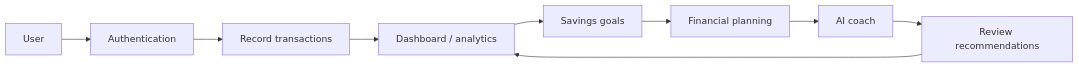
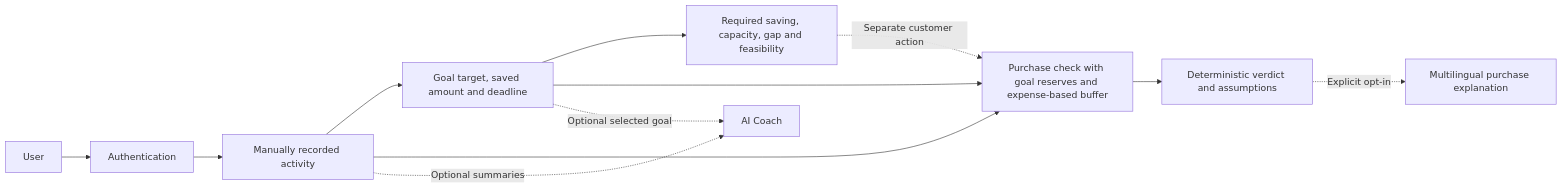
The second of 3 diagrams in FINAL_PROJECT_REPORT.md (shehabRabby/UpayHackathon), drawn with Mermaid before and after one commit. The commit also changed other lines of this file and 36 other files, not shown here.

````diff
--- a/FINAL_PROJECT_REPORT.md
+++ b/FINAL_PROJECT_REPORT.md
@@ -103,11 +121,14 @@
 ```mermaid
 flowchart LR
   U[User] --> A[Authentication]
-  A --> T[Record transactions]
-  T --> D[Dashboard / analytics]
-  D --> G[Savings goals]
-  G --> P[Financial planning]
-  P --> C[AI coach]
-  C --> R[Review recommendations]
-  R --> D
+  A --> T[Manually recorded activity]
+  T --> G[Goal target, saved amount and deadline]
+  G --> S[Required saving, capacity, gap and feasibility]
+  S -. Separate customer action .-> P[Purchase check with goal reserves and expense-based buffer]
+  T --> P
+  G --> P
+  P --> V[Deterministic verdict and assumptions]
+  V -. Explicit opt-in .-> E[Multilingual purchase explanation]
+  T -. Optional summaries .-> C[AI Coach]
+  G -. Optional selected goal .-> C
 ```
````
